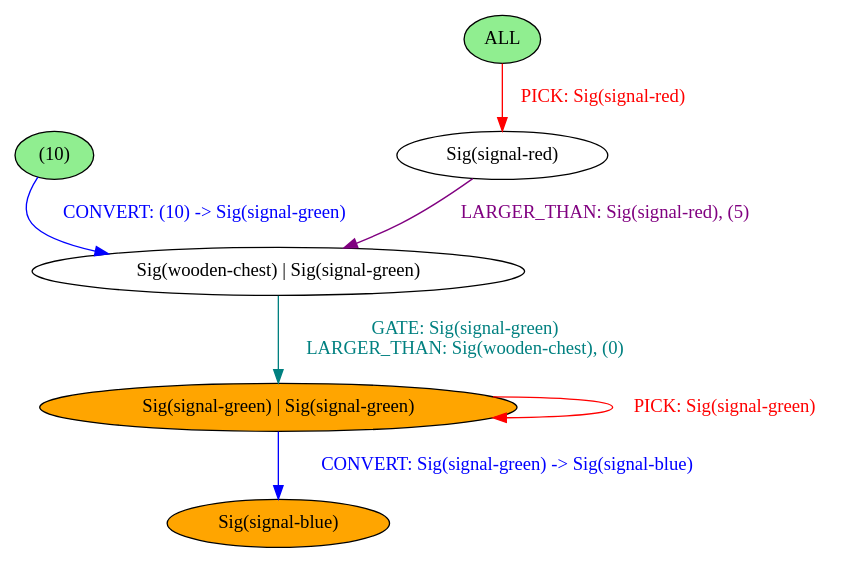
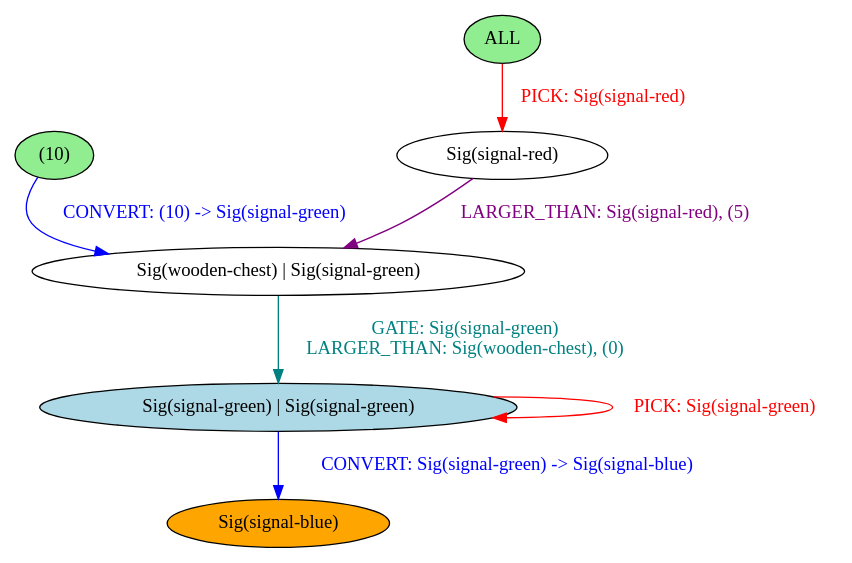
One commit to BalderHolst/chef changed the diagram in chef-lang/examples/when.output.dot. Above: the diagram before and after it, drawn with Graphviz. The commit also changed 10 other files, not shown here.

```diff
--- a/chef-lang/examples/when.output.dot
+++ b/chef-lang/examples/when.output.dot
@@ -1,16 +1,16 @@
 strict digraph {
 	nodesep=1
 	4	[style=filled fillcolor=white label="Sig(signal-red)"]
 	7	[style=filled fillcolor=white label="Sig(wooden-chest) | Sig(signal-green)"]
 	6	[style=filled fillcolor=lightgreen label="(10)"]
-	1	[style=filled fillcolor=orange label="Sig(signal-green) | Sig(signal-green)"]
+	1	[style=filled fillcolor=lightblue label="Sig(signal-green) | Sig(signal-green)"]
 	0	[style=filled fillcolor=lightgreen label="ALL"]
 	8	[style=filled fillcolor=orange label="Sig(signal-blue)"]
 	4 -> 7	[label="LARGER_THAN: Sig(signal-red), (5)" color=purple fontcolor=purple]
 	7 -> 1	[label="GATE: Sig(signal-green)
 LARGER_THAN: Sig(wooden-chest), (0)" color=teal fontcolor=teal]
 	6 -> 7	[label="CONVERT: (10) -> Sig(signal-green)" color=blue fontcolor=blue]
 	1 -> 1	[label="PICK: Sig(signal-green)" color=red fontcolor=red]
 	1 -> 8	[label="CONVERT: Sig(signal-green) -> Sig(signal-blue)" color=blue fontcolor=blue]
 	0 -> 4	[label="PICK: Sig(signal-red)" color=red fontcolor=red]
 }
```
